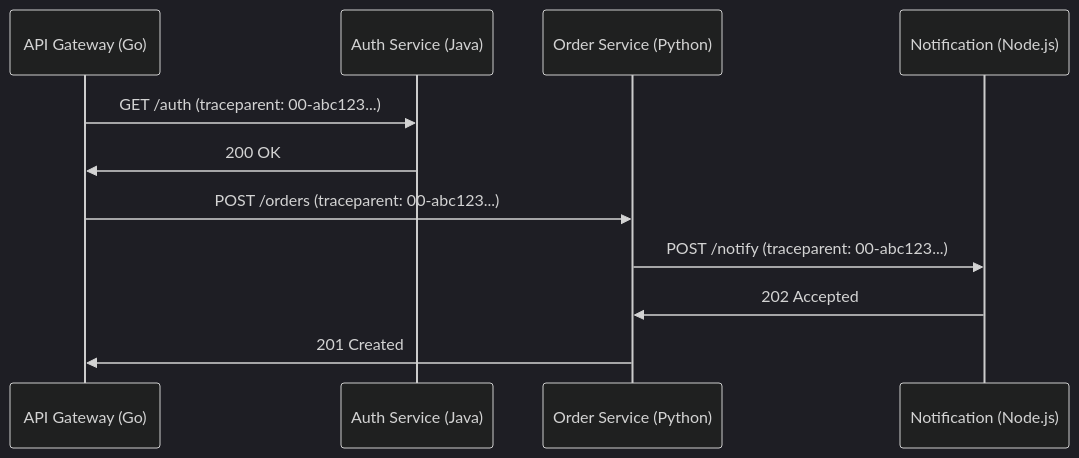
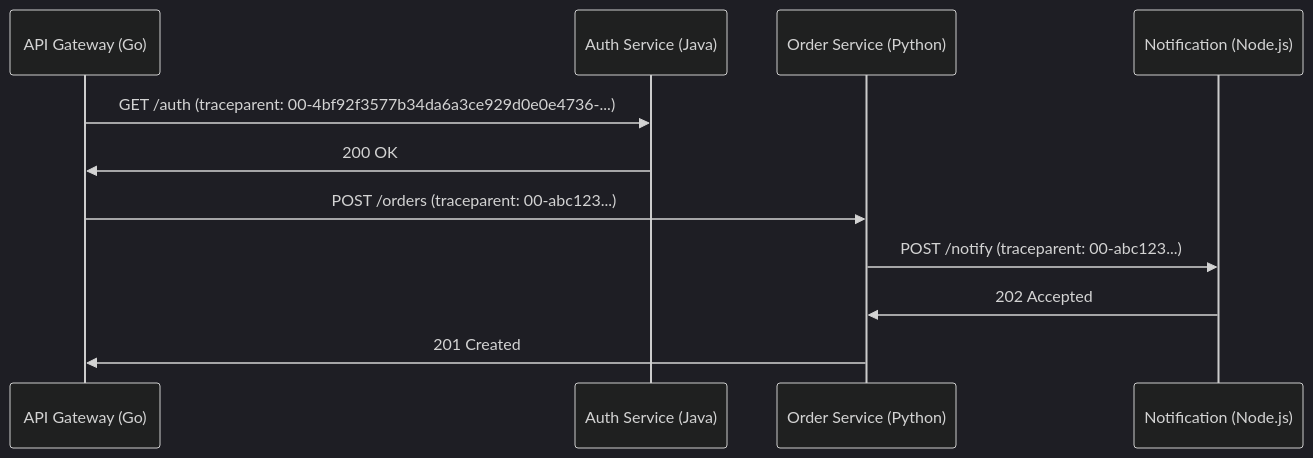
Before and after one commit to OneUptime/blog: the first of 2 diagrams in posts/2026-02-06-distributed-tracing-polyglot-architectures/README.md, drawn with Mermaid (dark theme). The commit also changed other lines of this file and 2 other files, not shown here.

Commit message:
validate: 2026-02-06-distributed-tracing-polyglot-architectures

````diff
--- a/posts/2026-02-06-distributed-tracing-polyglot-architectures/README.md
+++ b/posts/2026-02-06-distributed-tracing-polyglot-architectures/README.md
@@ -23,14 +23,14 @@
 ```mermaid
 sequenceDiagram
     participant Gateway as API Gateway (Go)
     participant Auth as Auth Service (Java)
     participant Orders as Order Service (Python)
     participant Notify as Notification (Node.js)
 
-    Gateway->>Auth: GET /auth (traceparent: 00-abc123...)
+    Gateway->>Auth: GET /auth (traceparent: 00-4bf92f3577b34da6a3ce929d0e0e4736-...)
     Auth->>Gateway: 200 OK
     Gateway->>Orders: POST /orders (traceparent: 00-abc123...)
     Orders->>Notify: POST /notify (traceparent: 00-abc123...)
     Notify->>Orders: 202 Accepted
     Orders->>Gateway: 201 Created
 ```
````
